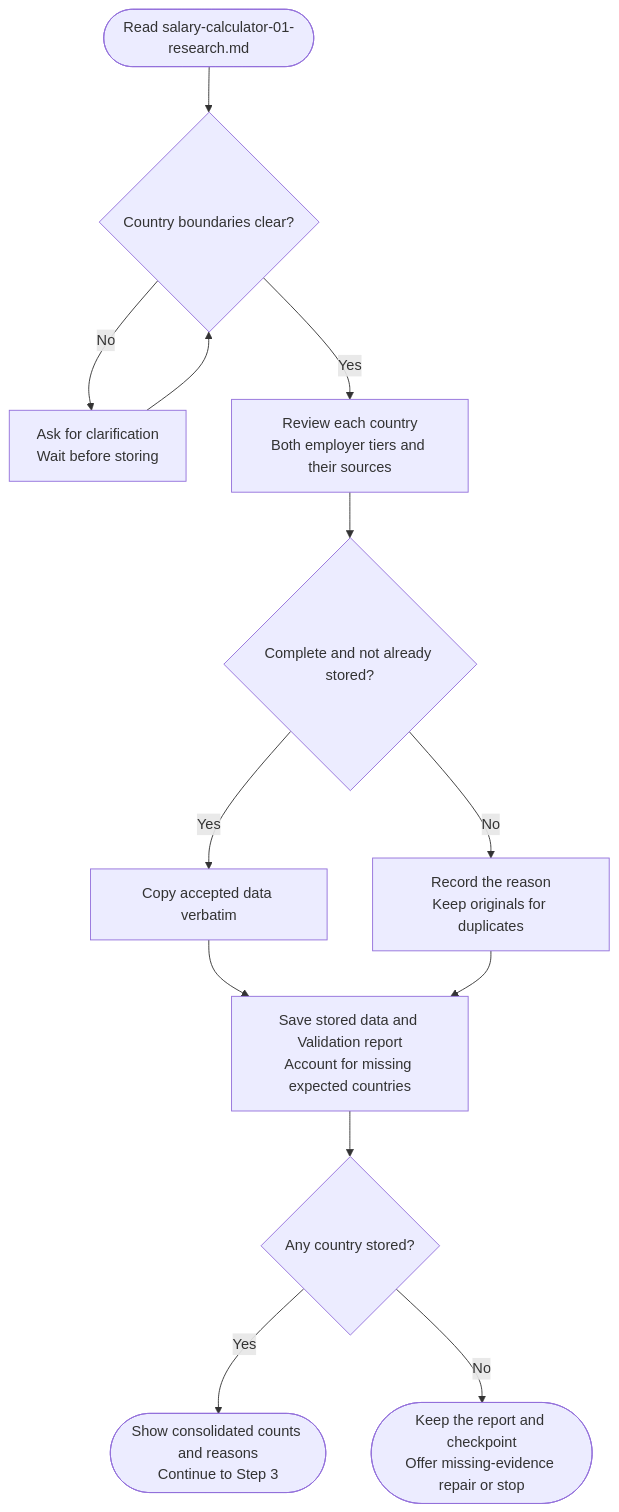
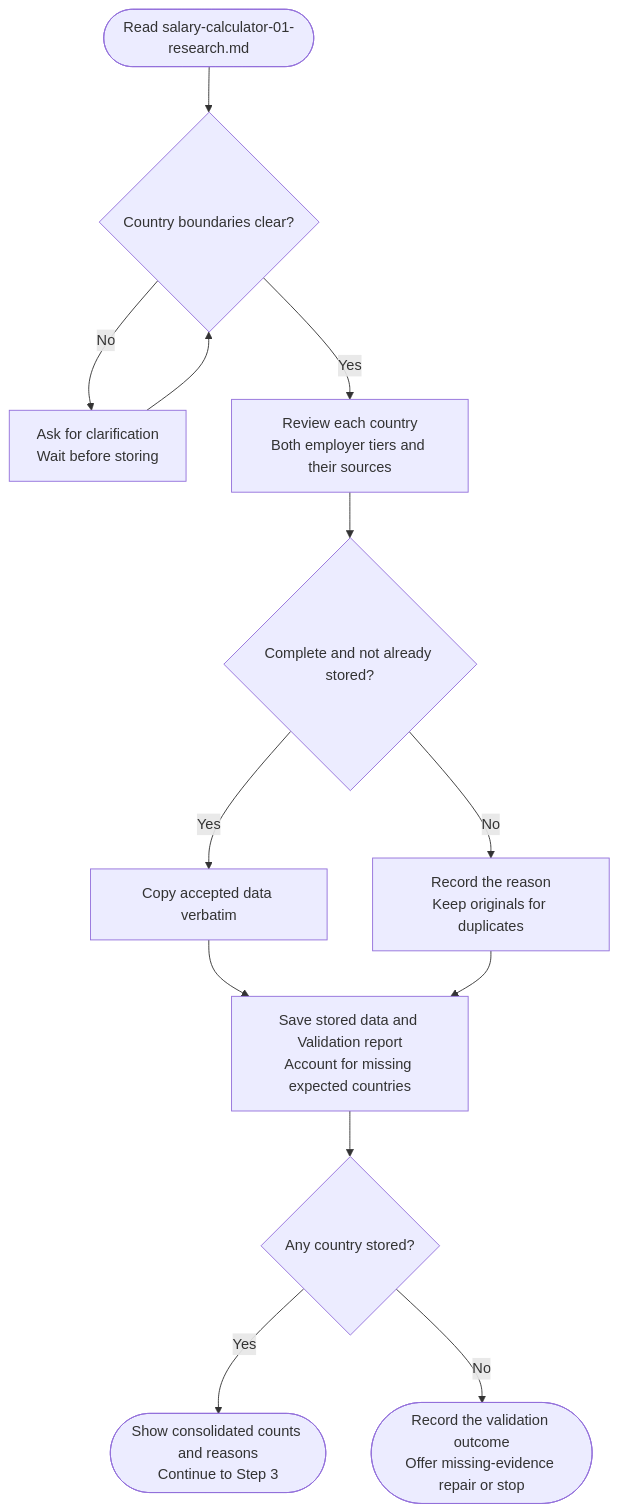
The diagram in docs/commands/salary-calculator/step2-data-validation/detailed.md (myowinthein/agent-compass), drawn with Mermaid before and after one commit. The commit also changed other lines of this file and 24 other files, not shown here.

````diff
--- a/docs/commands/salary-calculator/step2-data-validation/detailed.md
+++ b/docs/commands/salary-calculator/step2-data-validation/detailed.md
@@ -22,15 +23,15 @@
 ```mermaid
 flowchart TD
   Start(["Read salary-calculator-01-research.md"]) --> Bounds{"Country boundaries clear?"}
   Bounds -->|No| Ask["Ask for clarification<br/>Wait before storing"]
   Ask --> Bounds
   Bounds -->|Yes| Review["Review each country<br/>Both employer tiers and their sources"]
   Review --> Accept{"Complete and not already stored?"}
   Accept -->|Yes| Store["Copy accepted data verbatim"]
   Accept -->|No| Skip["Record the reason<br/>Keep originals for duplicates"]
   Store --> Save["Save stored data and Validation report<br/>Account for missing expected countries"]
   Skip --> Save
   Save --> Usable{"Any country stored?"}
   Usable -->|Yes| Next(["Show consolidated counts and reasons<br/>Continue to Step 3"])
-  Usable -->|No| Repair(["Keep the report and checkpoint<br/>Offer missing-evidence repair or stop"])
+  Usable -->|No| Repair(["Record the validation outcome<br/>Offer missing-evidence repair or stop"])
 ```
````
